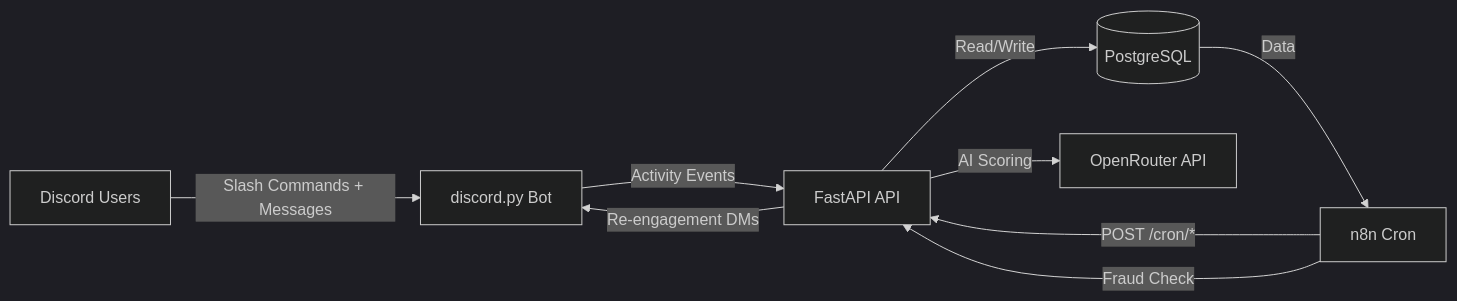
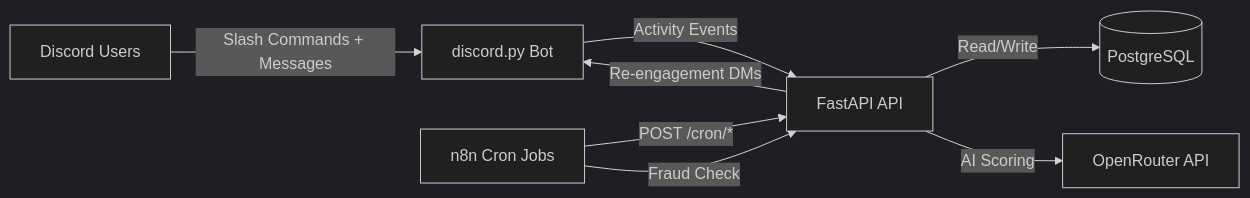
The diagram in README.md (KaranMakani/EngageX), drawn with Mermaid (dark theme) before and after one commit. The commit also changed other lines of this file, not shown here.

````diff
--- a/README.md
+++ b/README.md
@@ -18,11 +17,10 @@
 ```mermaid
 graph LR
     A[Discord Users] -->|Slash Commands + Messages| B[discord.py Bot]
     B -->|Activity Events| C[FastAPI API]
     C -->|Read/Write| D[(PostgreSQL)]
-    E[n8n Cron] -->|POST /cron/*| C
+    E[n8n Cron Jobs] -->|POST /cron/*| C
     C -->|AI Scoring| F[OpenRouter API]
+    C -->|Re-engagement DMs| B
     E -->|Fraud Check| C
-    D -->|Data| E
-    C -->|Re-engagement DMs| B
 ```
````
